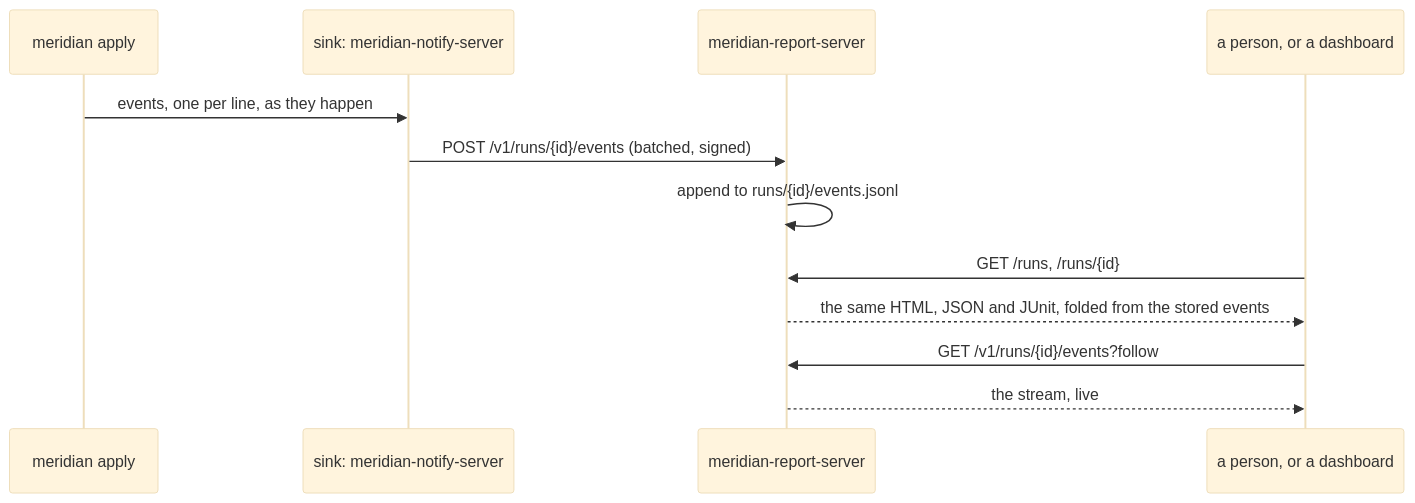
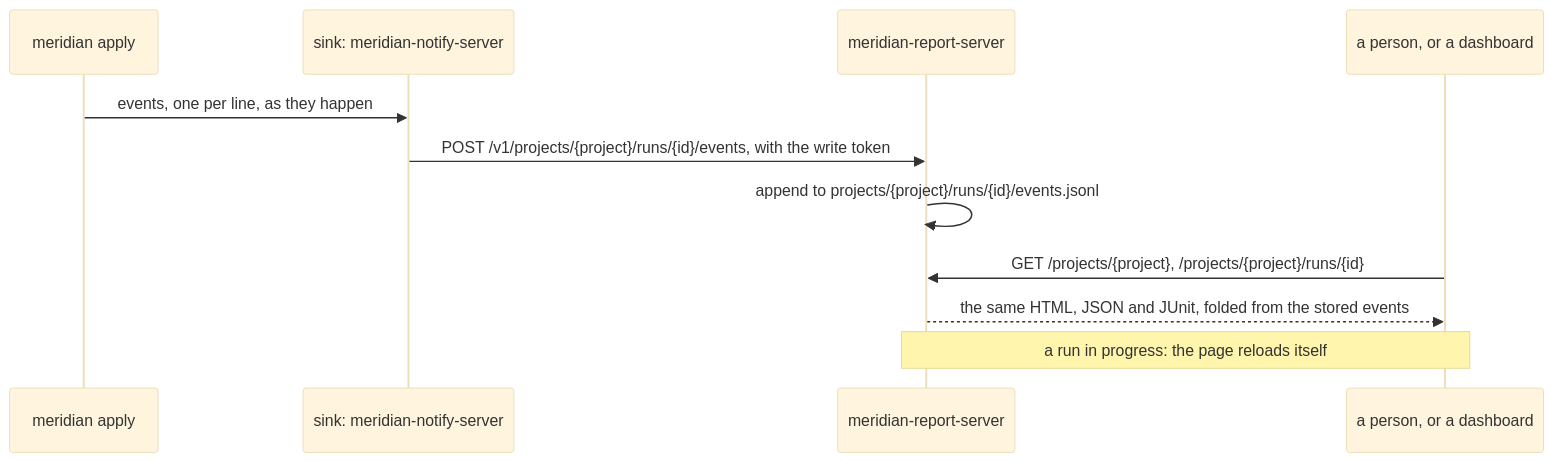
Before and after one commit to Gorkem-Taha/meridian-core: the second of 2 diagrams in docs/plans/reporting.md, drawn with Mermaid (base theme). The commit also changed other lines of this file and 8 other files, not shown here.

````diff
--- a/docs/plans/reporting.md
+++ b/docs/plans/reporting.md
@@ -117,14 +118,13 @@
 ```mermaid
 sequenceDiagram
     participant M as meridian apply
     participant S as sink: meridian-notify-server
     participant R as meridian-report-server
     participant P as a person, or a dashboard
     M->>S: events, one per line, as they happen
-    S->>R: POST /v1/runs/{id}/events (batched, signed)
-    R->>R: append to runs/{id}/events.jsonl
-    P->>R: GET /runs, /runs/{id}
+    S->>R: POST /v1/projects/{project}/runs/{id}/events, with the write token
+    R->>R: append to projects/{project}/runs/{id}/events.jsonl
+    P->>R: GET /projects/{project}, /projects/{project}/runs/{id}
     R-->>P: the same HTML, JSON and JUnit, folded from the stored events
-    P->>R: GET /v1/runs/{id}/events?follow
-    R-->>P: the stream, live
+    Note over P,R: a run in progress: the page reloads itself
 ```
````
